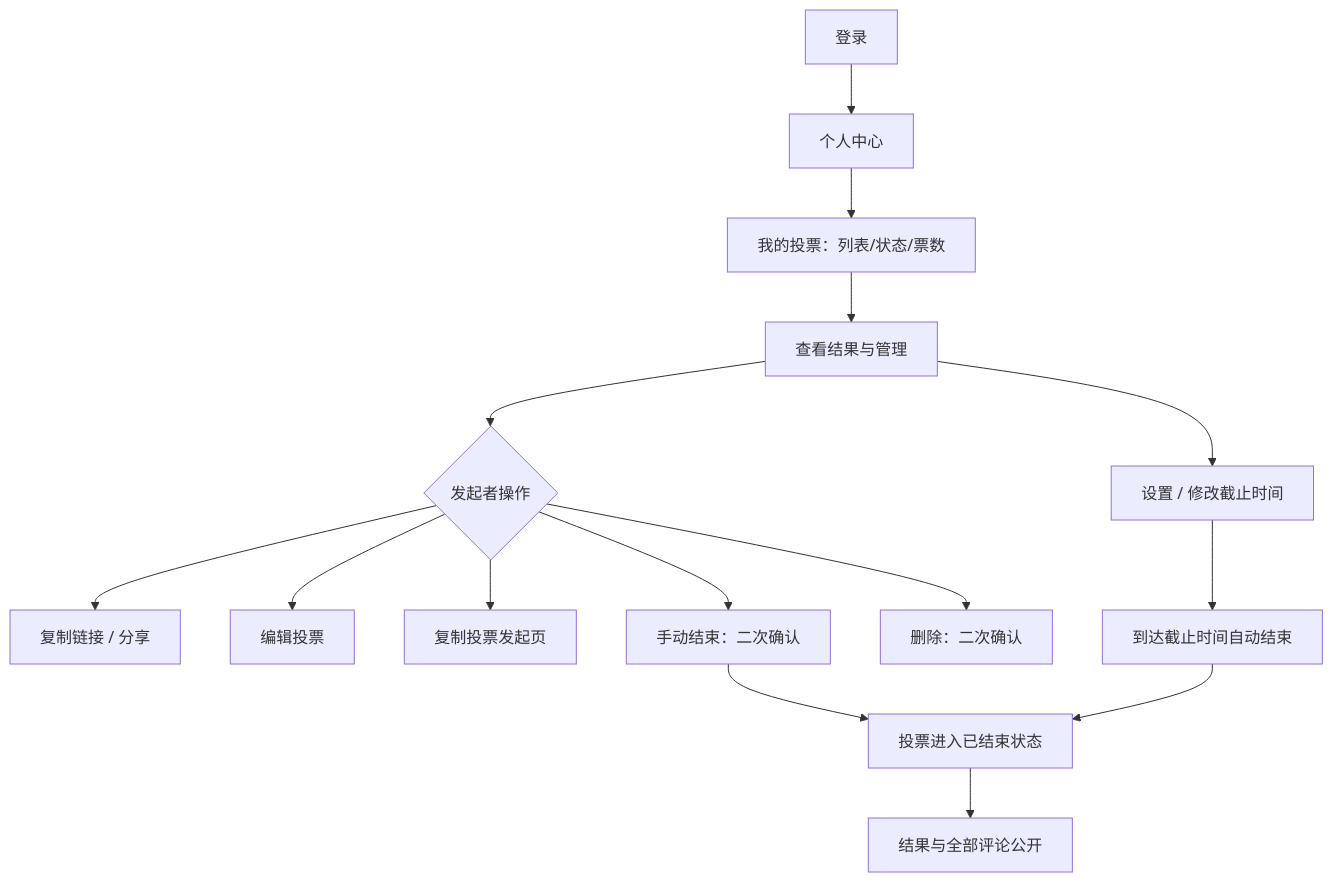
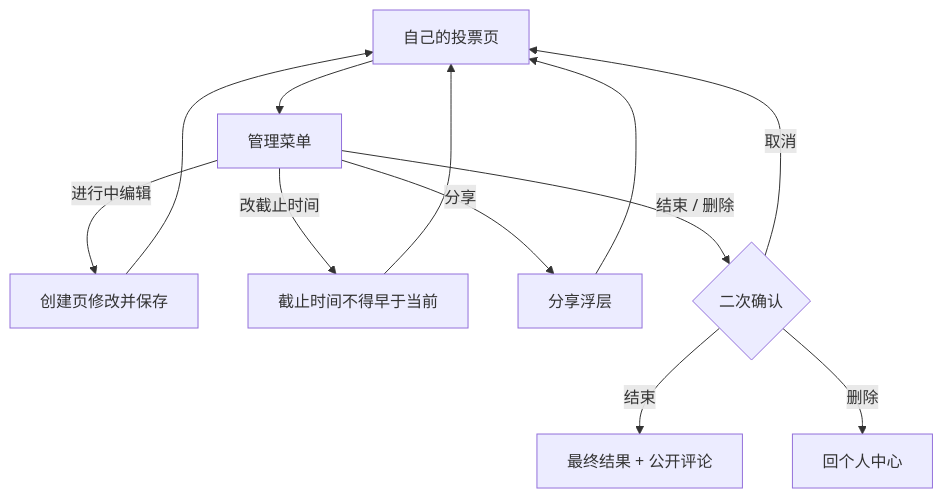
One commit to sd5913/The-Aliien-Repo changed the third of 3 diagrams in docs/PRD.md. Above: the diagram before and after it, drawn with Mermaid. The commit also changed other lines of this file, not shown here.

````diff
--- a/docs/PRD.md
+++ b/docs/PRD.md
@@ -277,17 +206,14 @@
 ```mermaid
 flowchart TD
-    A[登录] --> B[个人中心]
-    B --> C[我的投票：列表/状态/票数]
-    C --> D[查看结果与管理]
-    D --> E{发起者操作}
-    E --> F[复制链接 / 分享]
-    E --> G[编辑投票]
-    E --> H[复制投票发起页]
-    E --> I[手动结束：二次确认]
-    E --> J[删除：二次确认]
-    D --> K[设置 / 修改截止时间]
-    K --> L[到达截止时间自动结束]
-    I --> M[投票进入已结束状态]
-    L --> M
-    M --> N[结果与全部评论公开]
+    V[自己的投票页] --> M[管理菜单]
+    M -->|进行中编辑| E[创建页修改并保存]
+    M -->|改截止时间| E2[截止时间不得早于当前]
+    E --> V
+    E2 --> V
+    M -->|分享| S[分享浮层]
+    S --> V
+    M -->|结束 / 删除| Q{二次确认}
+    Q -->|取消| V
+    Q -->|结束| F[最终结果 + 公开评论]
+    Q -->|删除| P[回个人中心]
 ```
````
